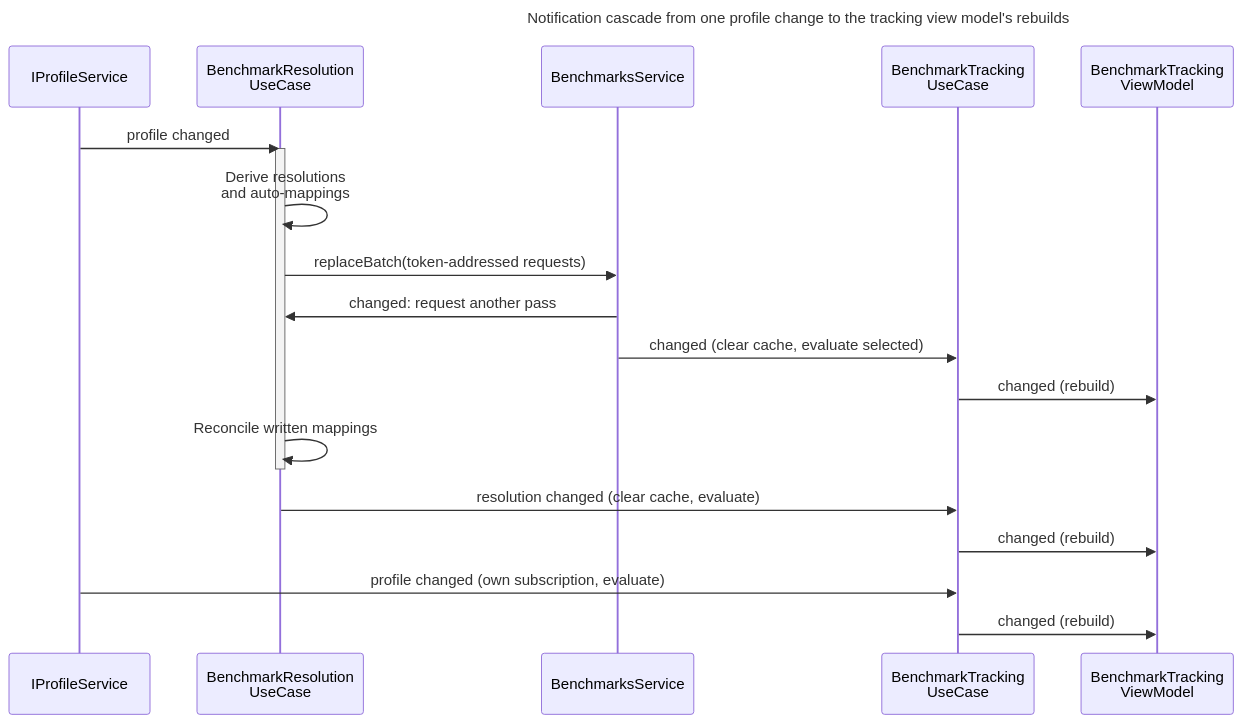
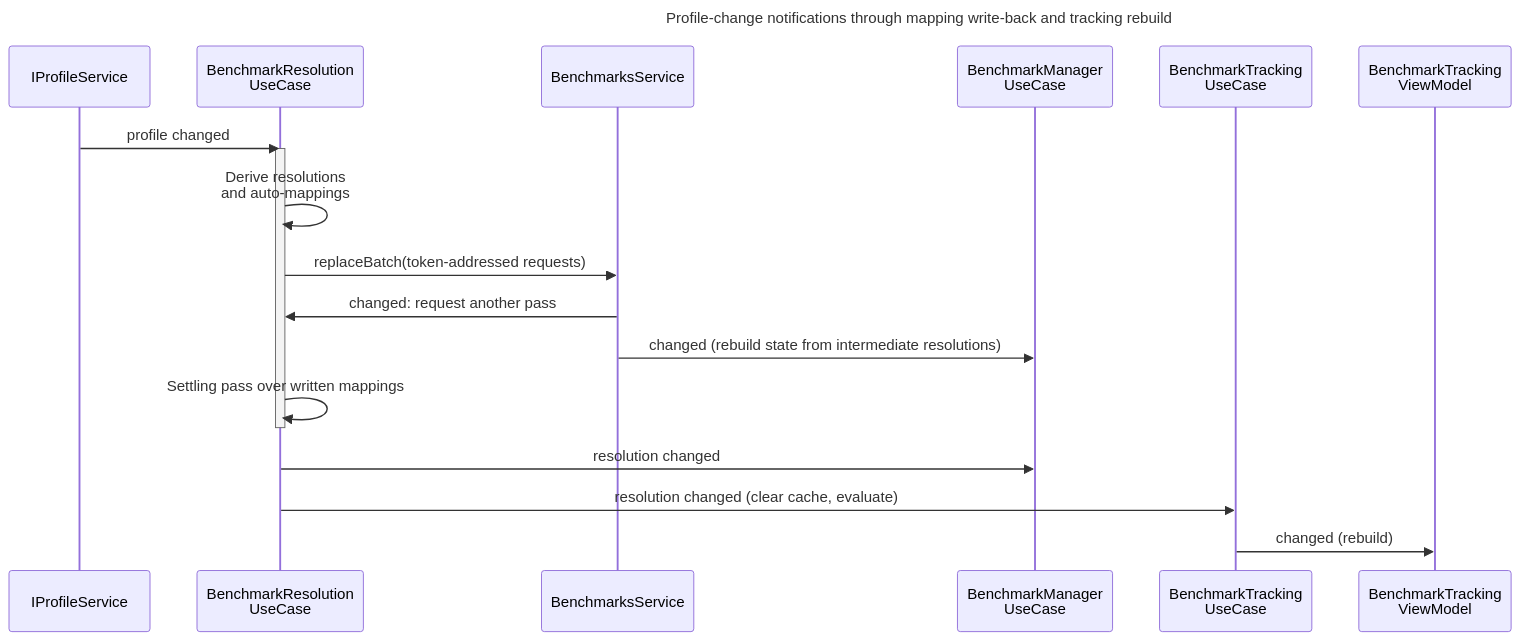
One commit to Leckatall/KovaaksStatisticsViewer changed the diagram in docs/architecture/views/benchmark-tracking.md. Above: the diagram before and after it, drawn with Mermaid. The commit also changed other lines of this file and 79 other files, not shown here.

````diff
--- a/docs/architecture/views/benchmark-tracking.md
+++ b/docs/architecture/views/benchmark-tracking.md
@@ -23,26 +27,25 @@
 ```mermaid
 ---
-title: Notification cascade from one profile change to the tracking view model's rebuilds
+title: Profile-change notifications through mapping write-back and tracking rebuild
 ---
 sequenceDiagram
-    accTitle: Notification cascade from one profile change to the tracking view model's rebuilds
-    accDescr: One profile change makes the tracking use case re-evaluate three times: after the service's nested notification, after the resolution publication, and after its own profile subscription.
+    accTitle: Profile-change notifications through mapping write-back and tracking rebuild
+    accDescr: During automatic mapping write-back after a profile change, the manager receives an intermediate notification. Tracking receives only the settled resolution publication and then triggers the view model's rebuild.
     participant P as IProfileService
     participant R as BenchmarkResolution<br/>UseCase
     participant S as BenchmarksService
+    participant M as BenchmarkManager<br/>UseCase
     participant T as BenchmarkTracking<br/>UseCase
     participant V as BenchmarkTracking<br/>ViewModel
     P->>R: profile changed
     activate R
     R->>R: Derive resolutions<br/>and auto-mappings
     R->>S: replaceBatch(token-addressed requests)
     S->>R: changed: request another pass
-    S->>T: changed (clear cache, evaluate selected)
-    T->>V: changed (rebuild)
-    R->>R: Reconcile written mappings
+    S->>M: changed (rebuild state from intermediate resolutions)
+    R->>R: Settling pass over written mappings
     deactivate R
+    R->>M: resolution changed
     R->>T: resolution changed (clear cache, evaluate)
     T->>V: changed (rebuild)
-    P->>T: profile changed (own subscription, evaluate)
-    T->>V: changed (rebuild)
 ```
````
